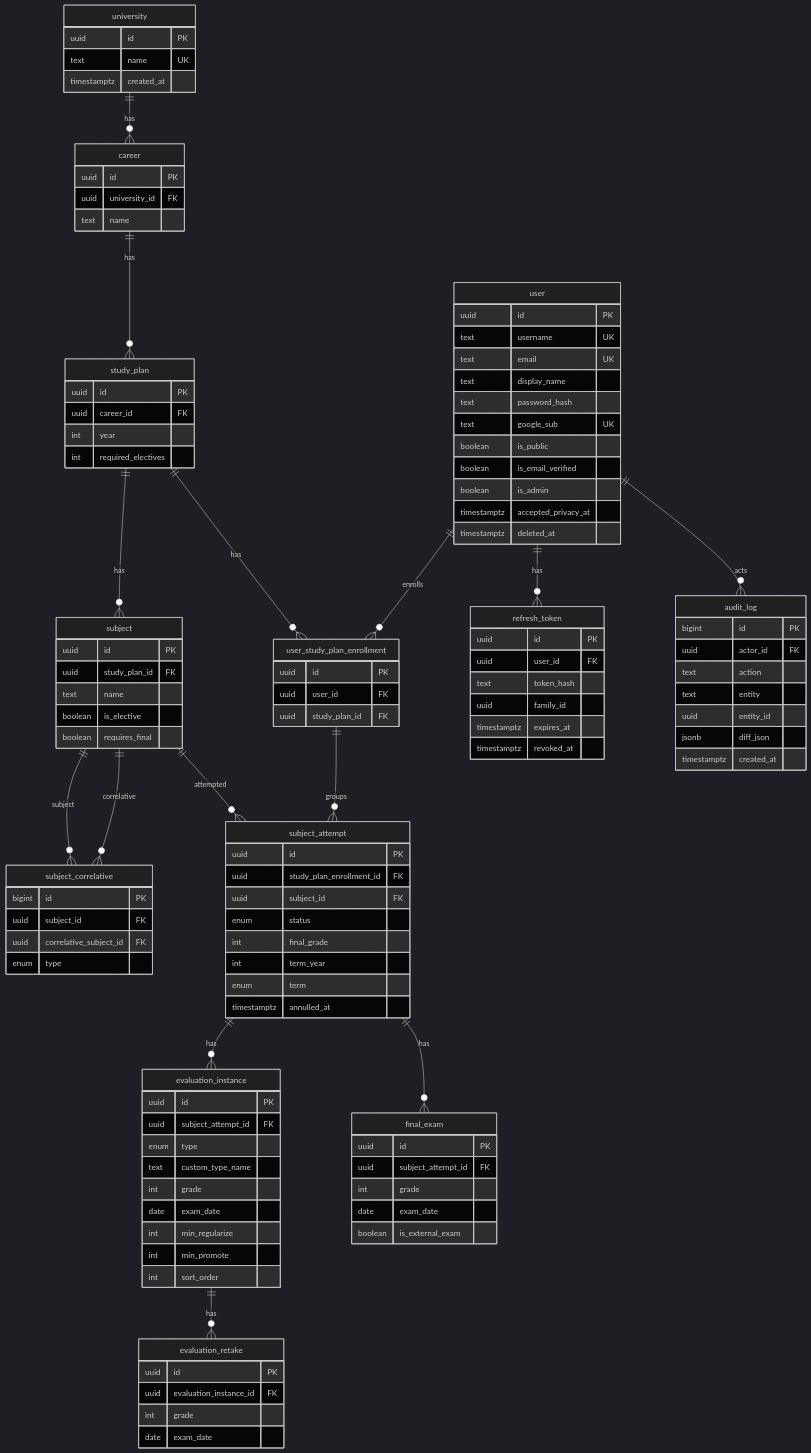
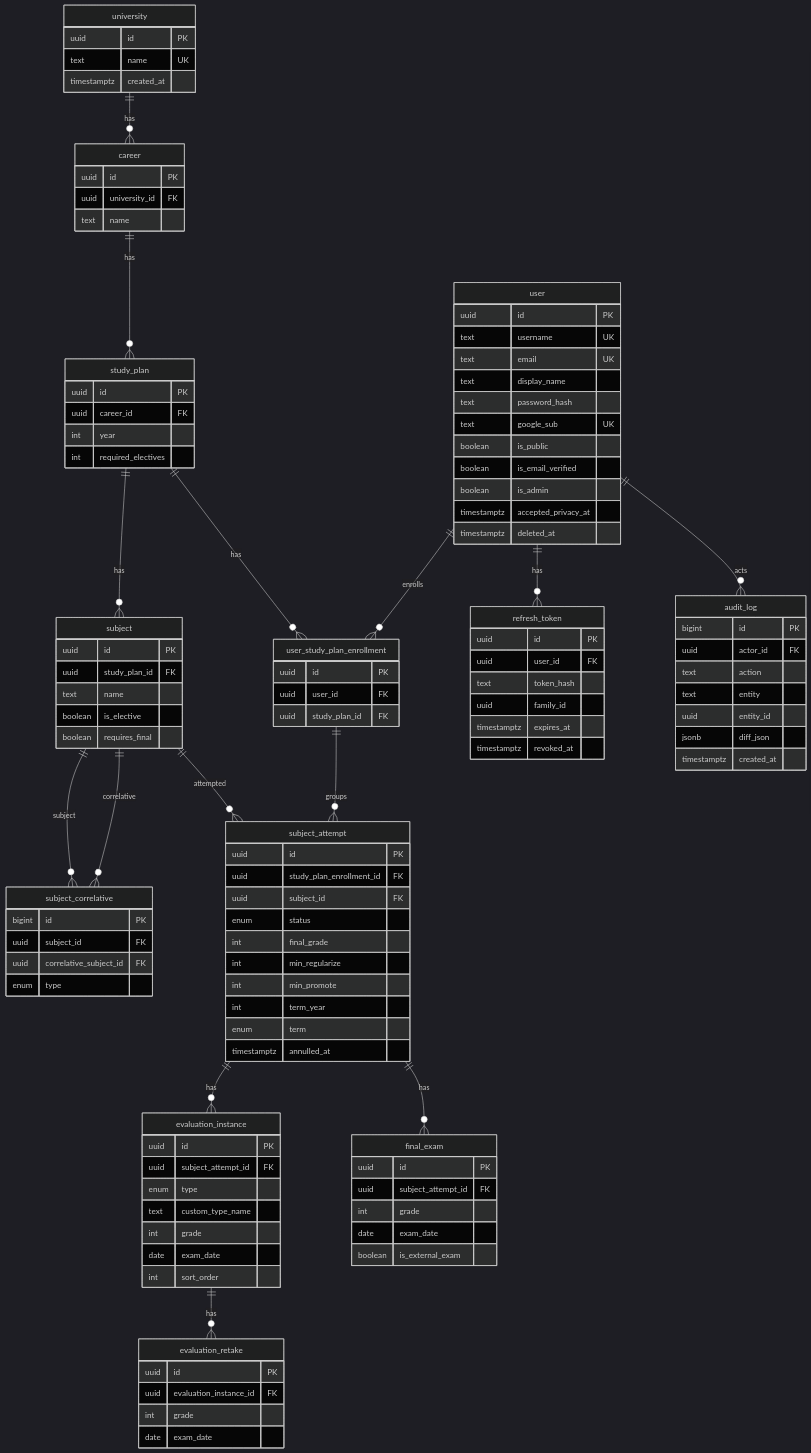
One commit to chrisfaulk/carreras-arg changed the diagram in .docs/database.md. Above: the diagram before and after it, drawn with Mermaid (dark theme). The commit also changed other lines of this file and 8 other files, not shown here.

```diff
--- a/.docs/database.md
+++ b/.docs/database.md
@@ -82,6 +82,8 @@
         uuid subject_id FK
         enum status
         int final_grade
+        int min_regularize
+        int min_promote
         int term_year
         enum term
         timestamptz annulled_at
@@ -93,8 +95,6 @@
         text custom_type_name
         int grade
         date exam_date
-        int min_regularize
-        int min_promote
         int sort_order
     }
     evaluation_retake {
```
